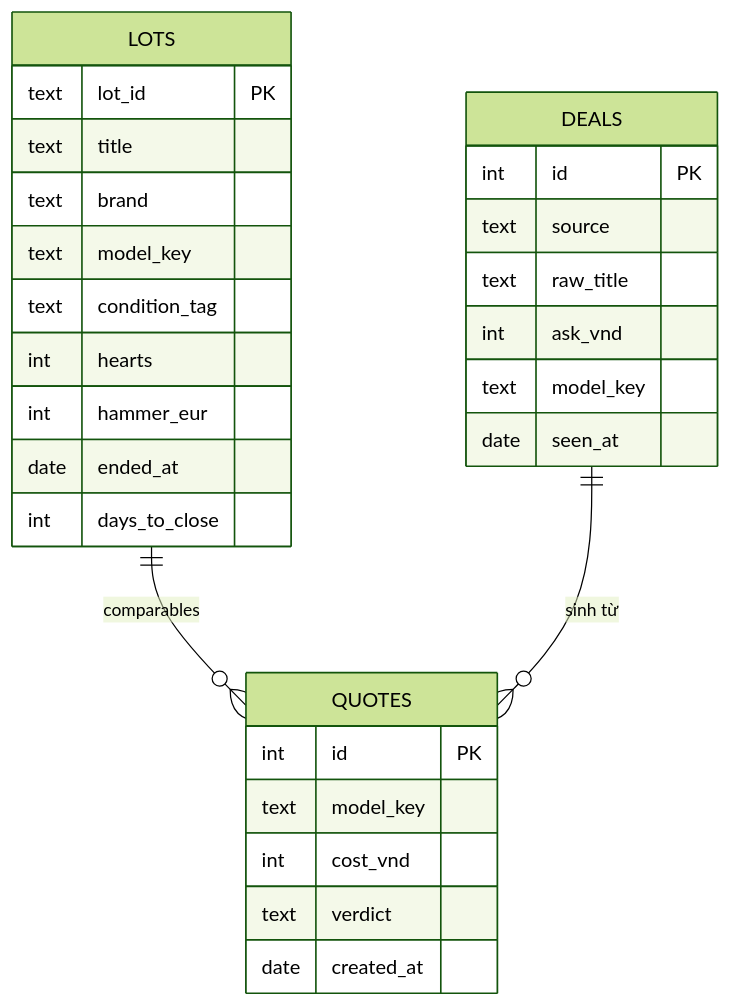
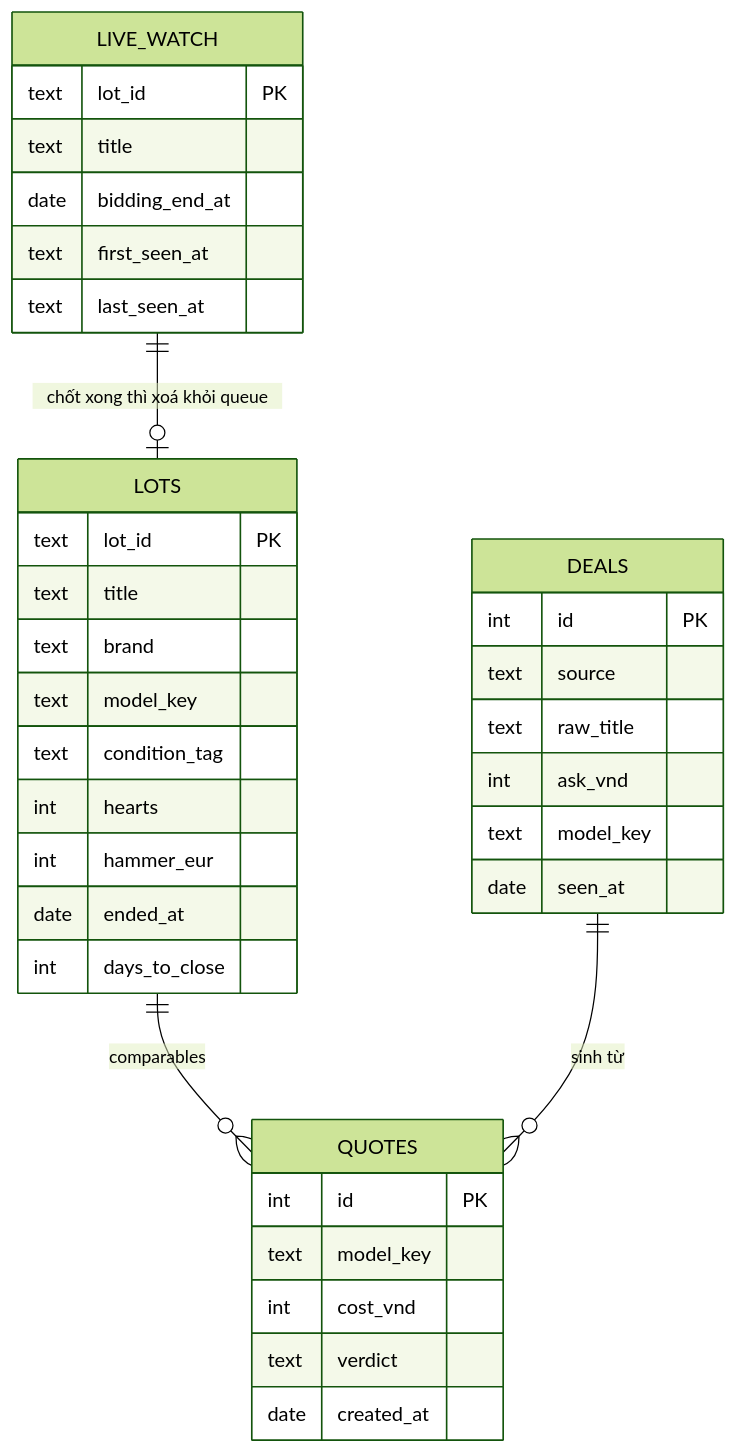
One commit to V13t4nh/Cuti-Tools changed the third of 8 diagrams in mermaid.md. Above: the diagram before and after it, drawn with Mermaid (forest theme). The commit also changed other lines of this file and 12 other files, not shown here.

First line of the commit message:
feat: bắt giá búa thật từ Catawiki (watch-live / settle / check-urls) (#1)

````diff
--- a/mermaid.md
+++ b/mermaid.md
@@ -96,31 +96,39 @@
 ```mermaid
 erDiagram
   LOTS {
     text lot_id PK
     text title
     text brand
     text model_key
     text condition_tag
     int hearts
     int hammer_eur
     date ended_at
     int days_to_close
+  }
+  LIVE_WATCH {
+    text lot_id PK
+    text title
+    date bidding_end_at
+    text first_seen_at
+    text last_seen_at
   }
   DEALS {
     int id PK
     text source
     text raw_title
     int ask_vnd
     text model_key
     date seen_at
   }
   QUOTES {
     int id PK
     text model_key
     int cost_vnd
     text verdict
     date created_at
   }
+  LIVE_WATCH ||--o| LOTS : "chốt xong thì xoá khỏi queue"
   LOTS ||--o{ QUOTES : "comparables"
   DEALS ||--o{ QUOTES : "sinh từ"
 ```
````
